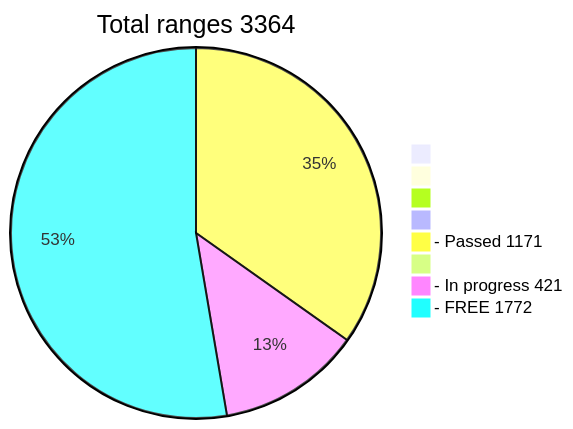
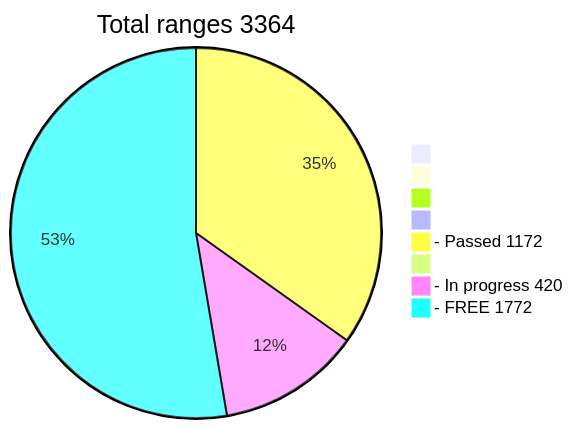
One commit to phrutis/wif500 changed the diagram in README.md. Above: the diagram before and after it, drawn with Mermaid.

````diff
--- a/README.md
+++ b/README.md
@@ -16,12 +16,12 @@
 ```mermaid
 pie title Total ranges 3364
              " " : 0
             "  " : 0
            "   " : 0
           "    " : 0
-  "- Passed 1171" : 1171
+  "- Passed 1172" : 1172
          "     " : 0
-  "- In progress 421" : 421
+  "- In progress 420" : 420
    "- FREE 1772" : 1772
    
 ```
````
